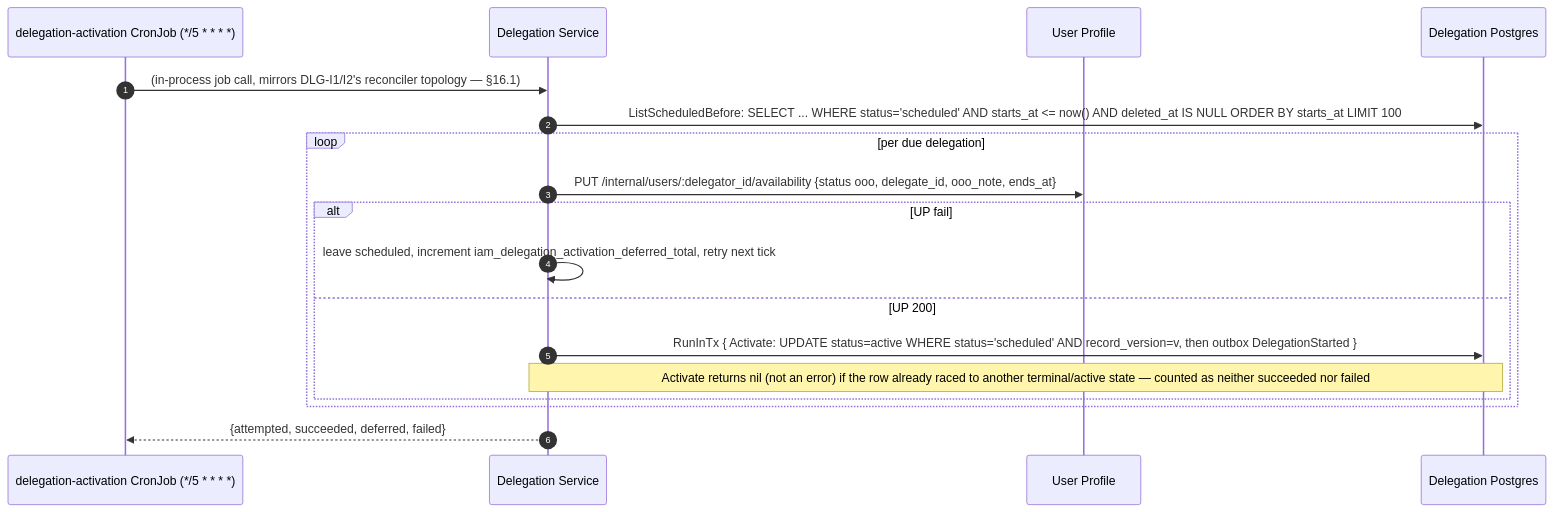
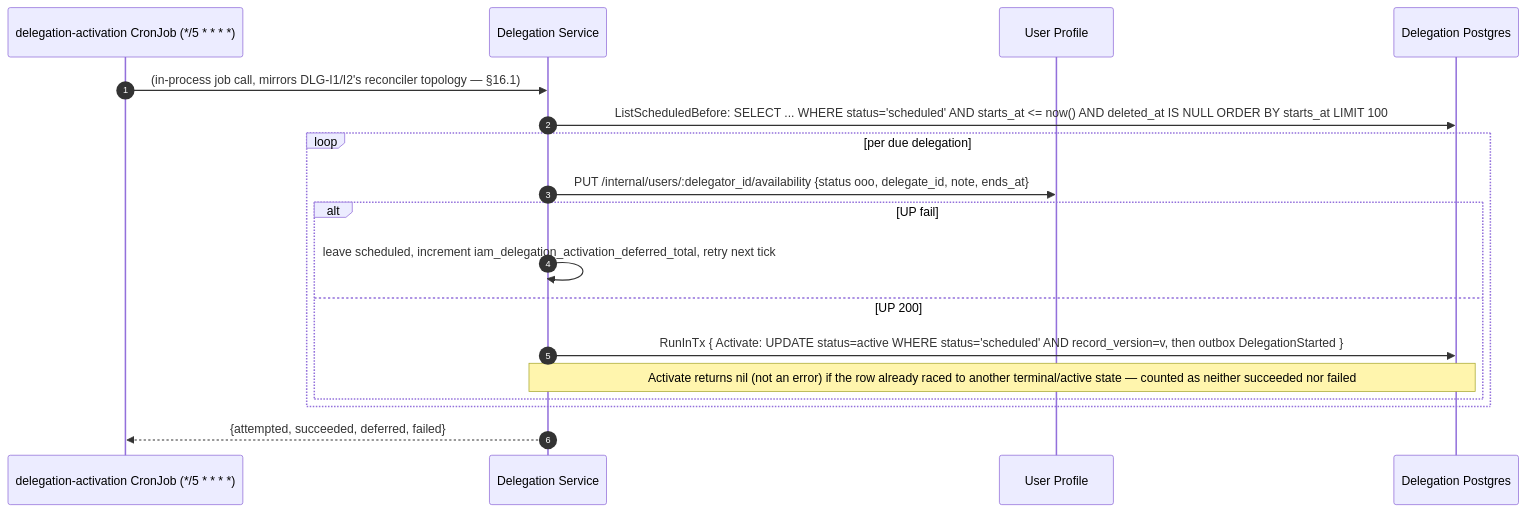
One commit to BCBP-SOLUTIONS-FZC-LLC/iam-delegation changed the diagram in docs/architecture/mermaid/activation-cron-flow.mmd. Above: the diagram before and after it, drawn with Mermaid. The commit also changed 73 other files, not shown here.

```diff
--- a/docs/architecture/mermaid/activation-cron-flow.mmd
+++ b/docs/architecture/mermaid/activation-cron-flow.mmd
@@ -1,19 +1,19 @@
 sequenceDiagram
     autonumber
     participant CR as delegation-activation CronJob (*/5 * * * *)
     participant DLG as Delegation Service
     participant UP as User Profile
     participant PG as Delegation Postgres
 
     CR->>DLG: (in-process job call, mirrors DLG-I1/I2's reconciler topology — §16.1)
     DLG->>PG: ListScheduledBefore: SELECT ... WHERE status='scheduled' AND starts_at <= now() AND deleted_at IS NULL ORDER BY starts_at LIMIT 100
     loop per due delegation
-        DLG->>UP: PUT /internal/users/:delegator_id/availability {status ooo, delegate_id, ooo_note, ends_at}
+        DLG->>UP: PUT /internal/users/:delegator_id/availability {status ooo, delegate_id, note, ends_at}
         alt UP fail
             DLG->>DLG: leave scheduled, increment iam_delegation_activation_deferred_total, retry next tick
         else UP 200
             DLG->>PG: RunInTx { Activate: UPDATE status=active WHERE status='scheduled' AND record_version=v, then outbox DelegationStarted }
             Note over DLG,PG: Activate returns nil (not an error) if the row already raced to another terminal/active state — counted as neither succeeded nor failed
         end
     end
     DLG-->>CR: {attempted, succeeded, deferred, failed}
```
